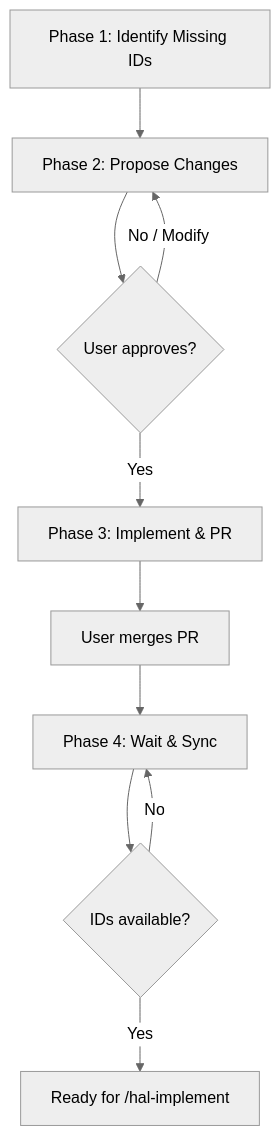
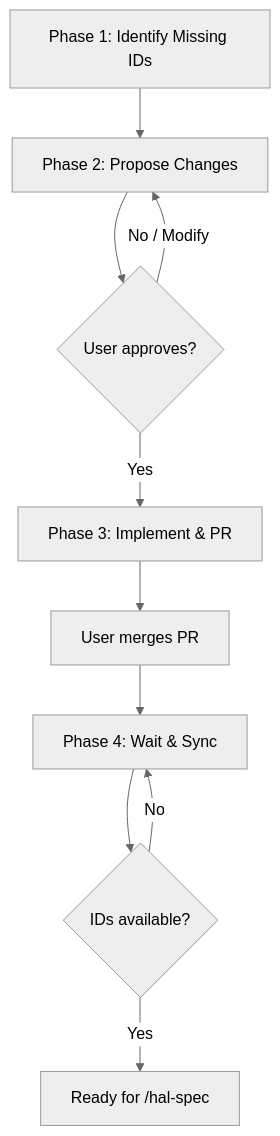
One commit to hal/dave changed the third of 4 diagrams in docs/skills.md. Above: the diagram before and after it, drawn with Mermaid (neutral theme). The commit also changed other lines of this file and 11 other files, not shown here.

First line of the commit message:
refactor: rename hal-implement skill to hal-spec

````diff
--- a/docs/skills.md
+++ b/docs/skills.md
@@ -236,12 +236,12 @@
 ```mermaid
 flowchart TD
     A[Phase 1: Identify Missing IDs] --> B[Phase 2: Propose Changes]
     B --> C{User approves?}
     C -->|Yes| D[Phase 3: Implement & PR]
     C -->|No / Modify| B
     D --> E[User merges PR]
     E --> F[Phase 4: Wait & Sync]
     F --> G{IDs available?}
-    G -->|Yes| H[Ready for /hal-implement]
+    G -->|Yes| H[Ready for /hal-spec]
     G -->|No| F
 ```
````
